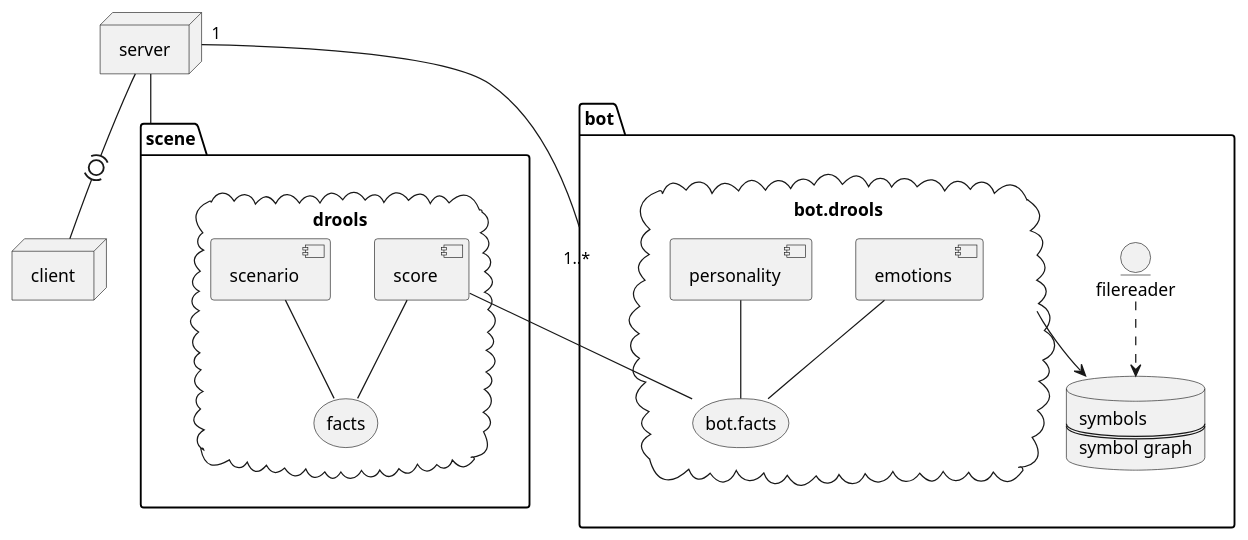
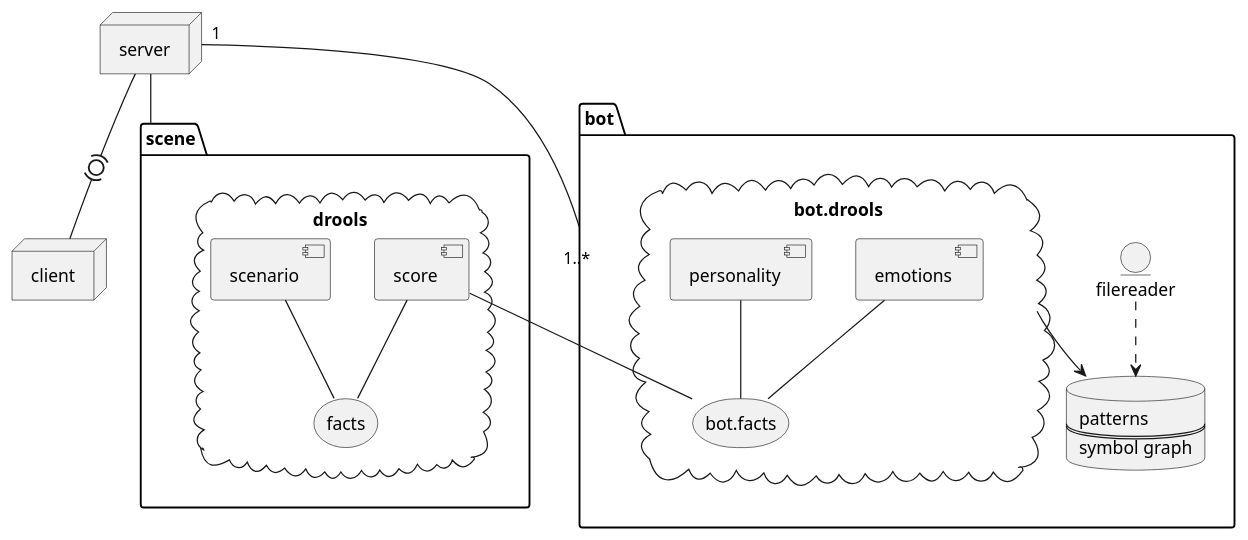
One commit to jappeace/methods-homework changed the ninth of 11 diagrams in thesis/thesis.org. Above: the diagram before and after it, drawn with PlantUML. The commit also changed other lines of this file, not shown here.

```diff
--- a/thesis/thesis.org
+++ b/thesis/thesis.org
@@ -2424,37 +2426,37 @@
 #+BEGIN_SRC plantuml :cache yes :file img/uml/architecture-concept.png :exports results
 
   folder scene{
     cloud drools {
       component score
       component scenario
       storage facts
       scenario -- facts
       score -- facts
     }
   }
 
   folder bot{
   cloud bot.drools {
     component emotions
     component personality
     storage bot.facts
     emotions -- bot.facts
     personality -- bot.facts
     score -- bot.facts
   }
   database meanings [
-    symbols
+    patterns
     ====
     symbol graph
   ]
   entity filereader
   filereader ..> meanings
   bot.drools --> meanings
   }
   node server
   node client
 
   server "1"-- "1..*" bot
   server  -- scene
   server  -(0)- client
 #+END_SRC
```
